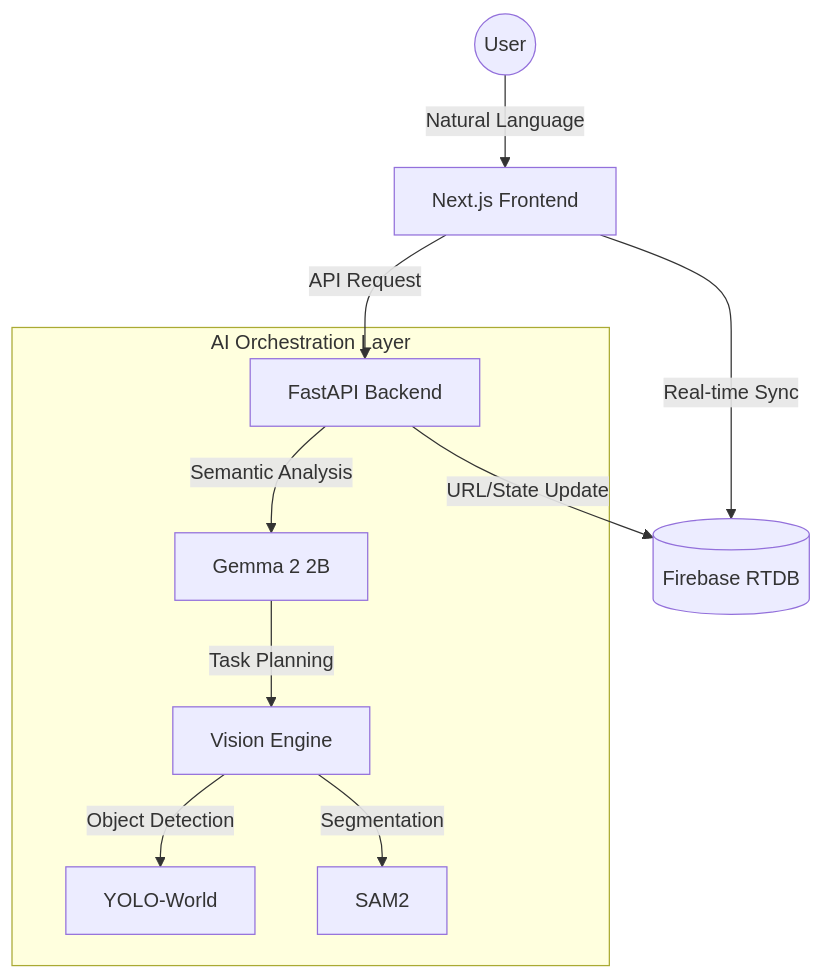
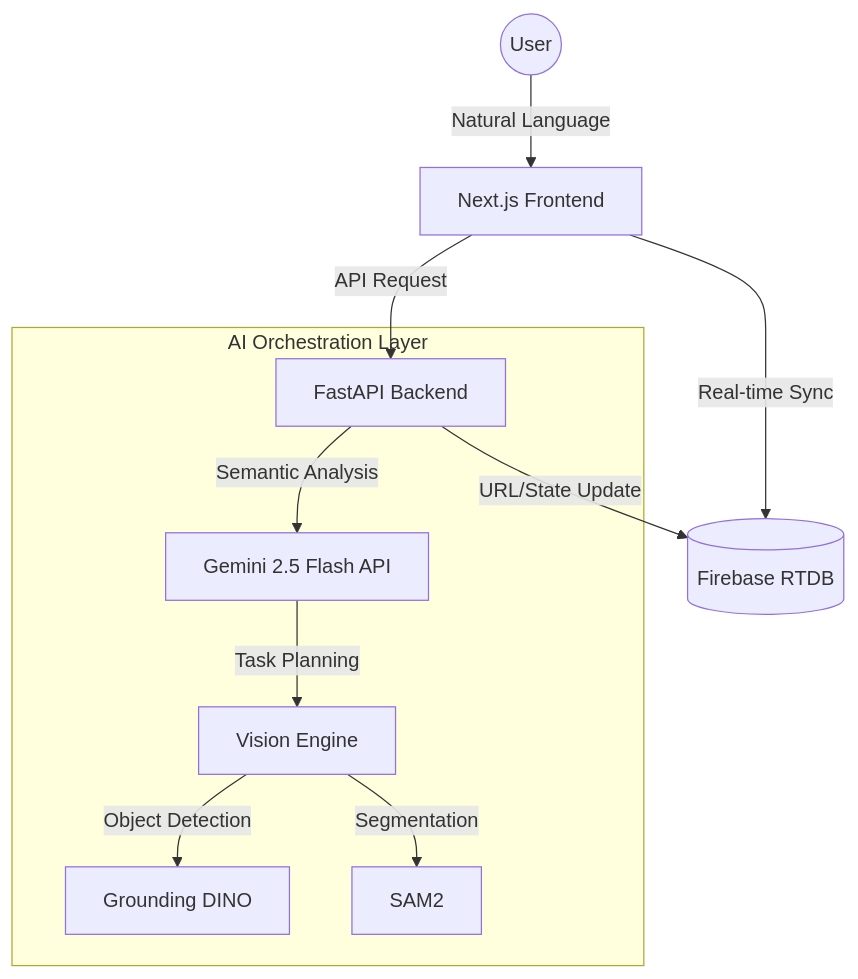
Before and after one commit to coevibed-a11y/coevibed: the diagram in README.md, drawn with Mermaid. The commit also changed other lines of this file, not shown here.

First line of the commit message:
docs: README 실제 AI 스택 반영 (Gemini API + Grounding DINO)

````diff
--- a/README.md
+++ b/README.md
@@ -40,13 +41,13 @@
 ```mermaid
 graph TD
     User((User)) -->|Natural Language| FE[Next.js Frontend]
     FE -->|API Request| BE[FastAPI Backend]
     subgraph AI_Engine [AI Orchestration Layer]
-        BE -->|Semantic Analysis| LLM[Gemma 2 2B]
+        BE -->|Semantic Analysis| LLM[Gemini 2.5 Flash API]
         LLM -->|Task Planning| Worker[Vision Engine]
-        Worker -->|Object Detection| YOLO[YOLO-World]
+        Worker -->|Object Detection| DINO[Grounding DINO]
         Worker -->|Segmentation| SAM[SAM2]
     end
     BE -->|URL/State Update| DB[(Firebase RTDB)]
     FE -->|Real-time Sync| DB
 ```
````
